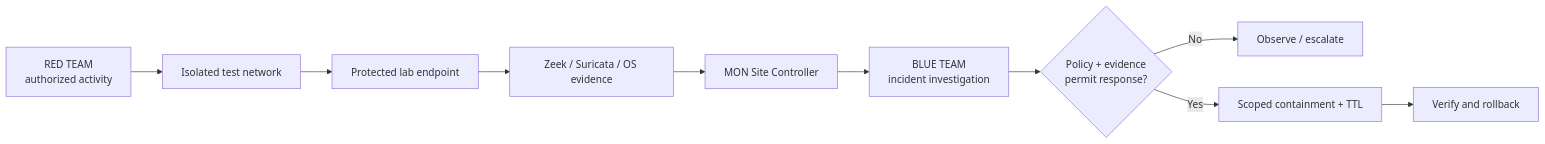
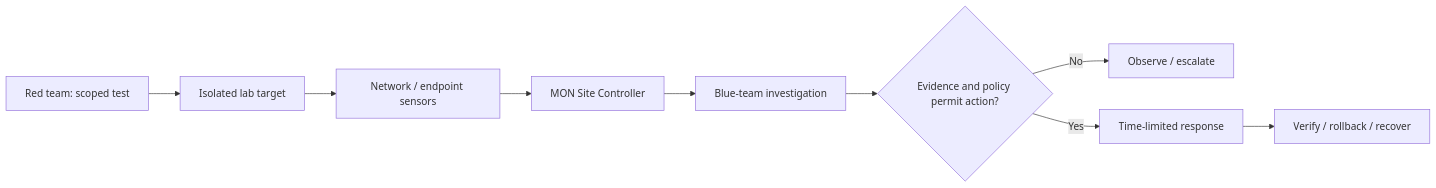
Before and after one commit to Saitanveesh/1: the diagram in README.md, drawn with Mermaid. The commit also changed other lines of this file and 13 other files, not shown here.

````diff
--- a/README.md
+++ b/README.md
@@ -44,12 +28,11 @@
 ```mermaid
 flowchart LR
-   Red["RED TEAM<br/>authorized activity"] --> Lab["Isolated test network"]
-   Lab --> Target["Protected lab endpoint"]
-   Target --> Capture["Zeek / Suricata / OS evidence"]
-   Capture --> Site["MON Site Controller"]
-   Site --> Blue["BLUE TEAM<br/>incident investigation"]
-   Blue --> Decision{"Policy + evidence<br/>permit response?"}
-   Decision -->|No| Observe["Observe / escalate"]
-   Decision -->|Yes| Action["Scoped containment + TTL"]
-   Action --> Check["Verify and rollback"]
+    A["Red team: scoped test"] --> B["Isolated lab target"]
+    B --> C["Network / endpoint sensors"]
+    C --> D["MON Site Controller"]
+    D --> E["Blue-team investigation"]
+    E --> F{"Evidence and policy permit action?"}
+    F -->|No| G["Observe / escalate"]
+    F -->|Yes| H["Time-limited response"]
+    H --> I["Verify / rollback / recover"]
 ```
````
